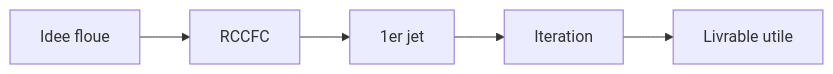
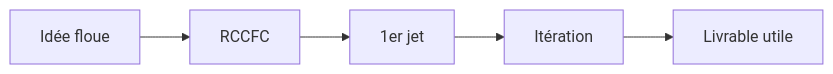
One commit to Tony224x/mastering-believe changed the diagram in domains/vie/ia-quotidien/01-theory/02-prompts-qui-marchent.md. Above: the diagram before and after it, drawn with Mermaid. The commit also changed other lines of this file and 74 other files, not shown here.

````diff
--- a/domains/vie/ia-quotidien/01-theory/02-prompts-qui-marchent.md
+++ b/domains/vie/ia-quotidien/01-theory/02-prompts-qui-marchent.md
@@ -24,7 +24,7 @@
 ```mermaid
 flowchart LR
-  A[Idee floue] --> B[RCCFC]
+  A[Idée floue] --> B[RCCFC]
   B --> C[1er jet]
-  C --> D[Iteration]
+  C --> D[Itération]
   D --> E[Livrable utile]
 ```
````
